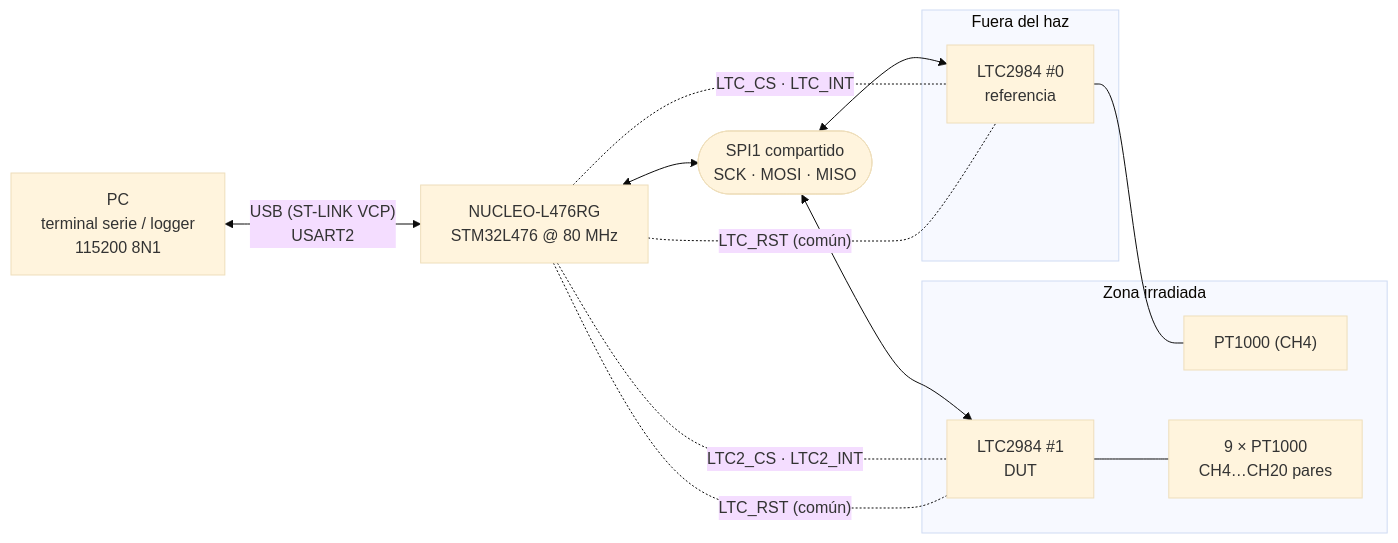
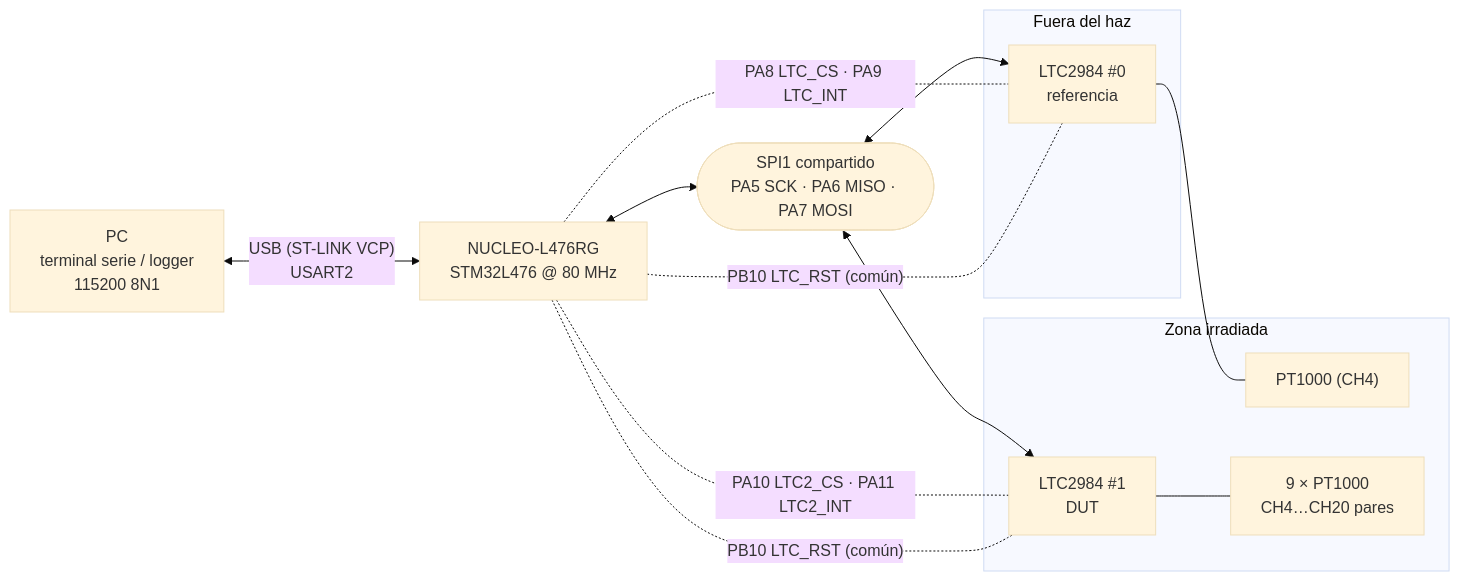
One commit to VicenteLizana/PT1000 changed the first of 2 diagrams in README.md. Above: the diagram before and after it, drawn with Mermaid (base theme). The commit also changed other lines of this file and 1 other file, not shown here.

````diff
--- a/README.md
+++ b/README.md
@@ -27,24 +82,24 @@
 ```mermaid
 flowchart LR
     PC["PC<br/>terminal serie / logger<br/>115200 8N1"]
     MCU["NUCLEO-L476RG<br/>STM32L476 @ 80 MHz"]
-    BUS(["SPI1 compartido<br/>SCK · MOSI · MISO"])
+    BUS(["SPI1 compartido<br/>PA5 SCK · PA6 MISO · PA7 MOSI"])
     subgraph REF["Fuera del haz"]
         C0["LTC2984 #0<br/>referencia"]
     end
     subgraph DUT["Zona irradiada"]
         S0["PT1000 (CH4)"]
         C1["LTC2984 #1<br/>DUT"]
         S1["9 × PT1000<br/>CH4…CH20 pares"]
     end
     PC <-- "USB (ST-LINK VCP)<br/>USART2" --> MCU
     MCU <--> BUS
     BUS <--> C0
     BUS <--> C1
-    MCU -. "LTC_CS · LTC_INT" .- C0
-    MCU -. "LTC2_CS · LTC2_INT" .- C1
-    MCU -. "LTC_RST (común)" .- C0
-    MCU -. "LTC_RST (común)" .- C1
+    MCU -. "PA8 LTC_CS · PA9 LTC_INT" .- C0
+    MCU -. "PA10 LTC2_CS · PA11 LTC2_INT" .- C1
+    MCU -. "PB10 LTC_RST (común)" .- C0
+    MCU -. "PB10 LTC_RST (común)" .- C1
     C0 --- S0
     C1 --- S1
 ```
````
